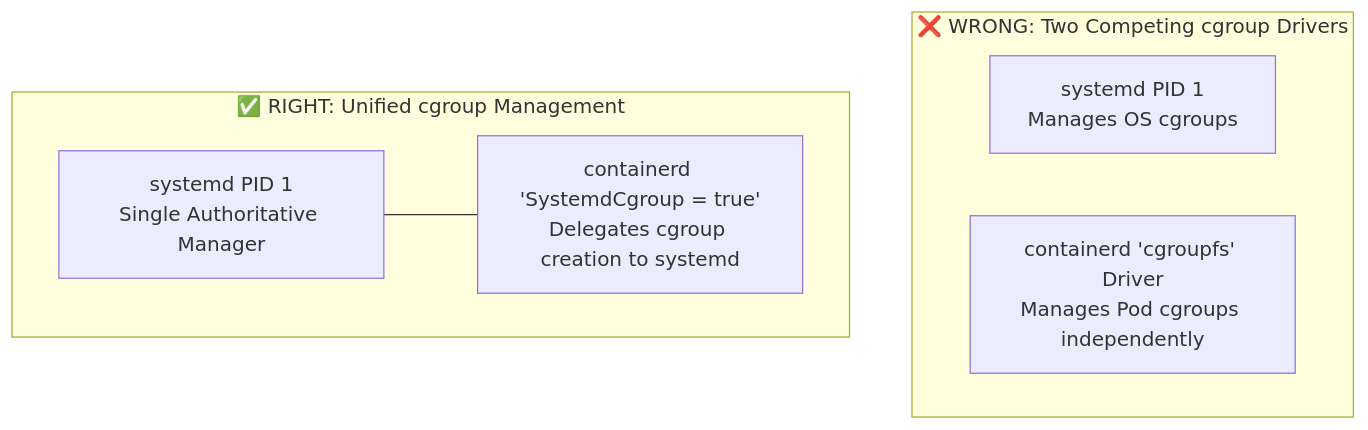
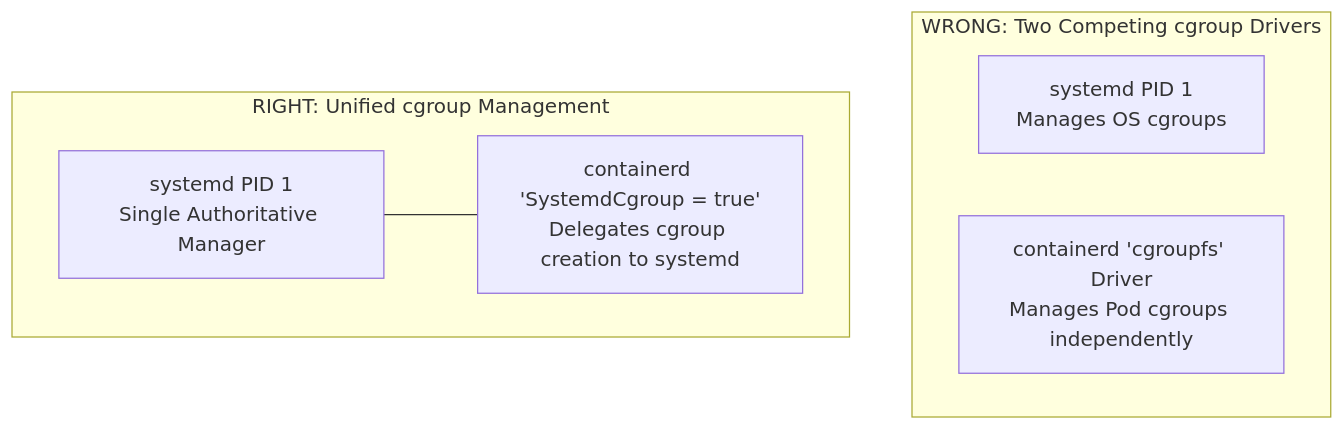
Before and after one commit to KashDev00/k8s-workshop: the second of 3 diagrams in docs/manual-setup/00-linux-prerequisites-for-kubernetes.md, drawn with Mermaid. The commit also changed other lines of this file and 2 other files, not shown here.

Commit message:
update diagram

````diff
--- a/docs/manual-setup/00-linux-prerequisites-for-kubernetes.md
+++ b/docs/manual-setup/00-linux-prerequisites-for-kubernetes.md
@@ -81,13 +81,13 @@
 ```mermaid
 graph TD
-    subgraph "❌ WRONG: Two Competing cgroup Drivers"
-        SYSTEMD1[systemd PID 1<br/>Manages OS cgroups]
-        CGROUPFS[containerd 'cgroupfs' Driver<br/>Manages Pod cgroups independently]
+    subgraph "WRONG: Two Competing cgroup Drivers"
+        SYSTEMD1["systemd PID 1<br/>Manages OS cgroups"]
+        CGROUPFS["containerd 'cgroupfs' Driver<br/>Manages Pod cgroups independently"]
     end
 
-    subgraph "✅ RIGHT: Unified cgroup Management"
-        SYSTEMD2[systemd PID 1<br/>Single Authoritative Manager]
-        CONTAINERD_SYS[containerd 'SystemdCgroup = true'<br/>Delegates cgroup creation to systemd]
+    subgraph "RIGHT: Unified cgroup Management"
+        SYSTEMD2["systemd PID 1<br/>Single Authoritative Manager"]
+        CONTAINERD_SYS["containerd 'SystemdCgroup = true'<br/>Delegates cgroup creation to systemd"]
         SYSTEMD2 --- CONTAINERD_SYS
     end
 ```
````
